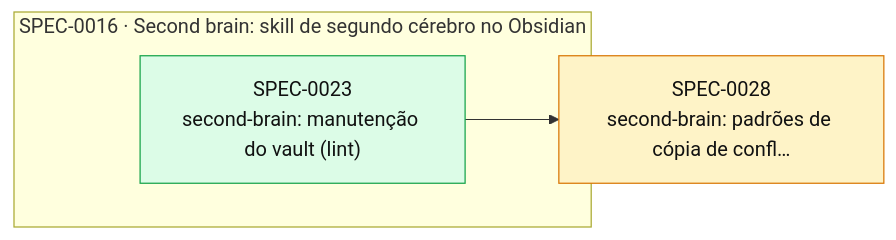
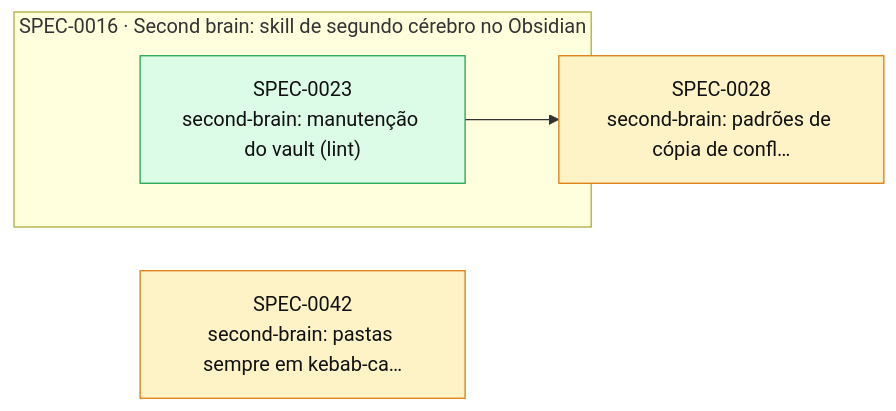
Before and after one commit to thomasravache/ai-dev-brain: the diagram in docs/specs/INDEX.md, drawn with Mermaid. The commit also changed other lines of this file and 1 other file, not shown here.

First line of the commit message:
docs(specs): SPEC-0042 pastas sempre em kebab-case

````diff
--- a/docs/specs/INDEX.md
+++ b/docs/specs/INDEX.md
@@ -48,13 +49,14 @@
 ```mermaid
 flowchart LR
   S0028["SPEC-0028<br/>second-brain: padrões de cópia de confl…"]:::proposed
+  S0032["SPEC-0042<br/>second-brain: pastas sempre em kebab-ca…"]:::proposed
   subgraph E0016["SPEC-0016 · Second brain: skill de segundo cérebro no Obsidian"]
     S0023["SPEC-0023<br/>second-brain: manutenção do vault (lint)"]:::implemented
   end
   S0023 --> S0028
   classDef proposed fill:#fef3c7,stroke:#d97706,color:#111
   classDef approved fill:#dbeafe,stroke:#2563eb,color:#111
   classDef inprogress fill:#ede9fe,stroke:#7c3aed,color:#111
   classDef implemented fill:#dcfce7,stroke:#16a34a,color:#111
   classDef deprecated fill:#f3f4f6,stroke:#9ca3af,color:#6b7280
 ```
````
